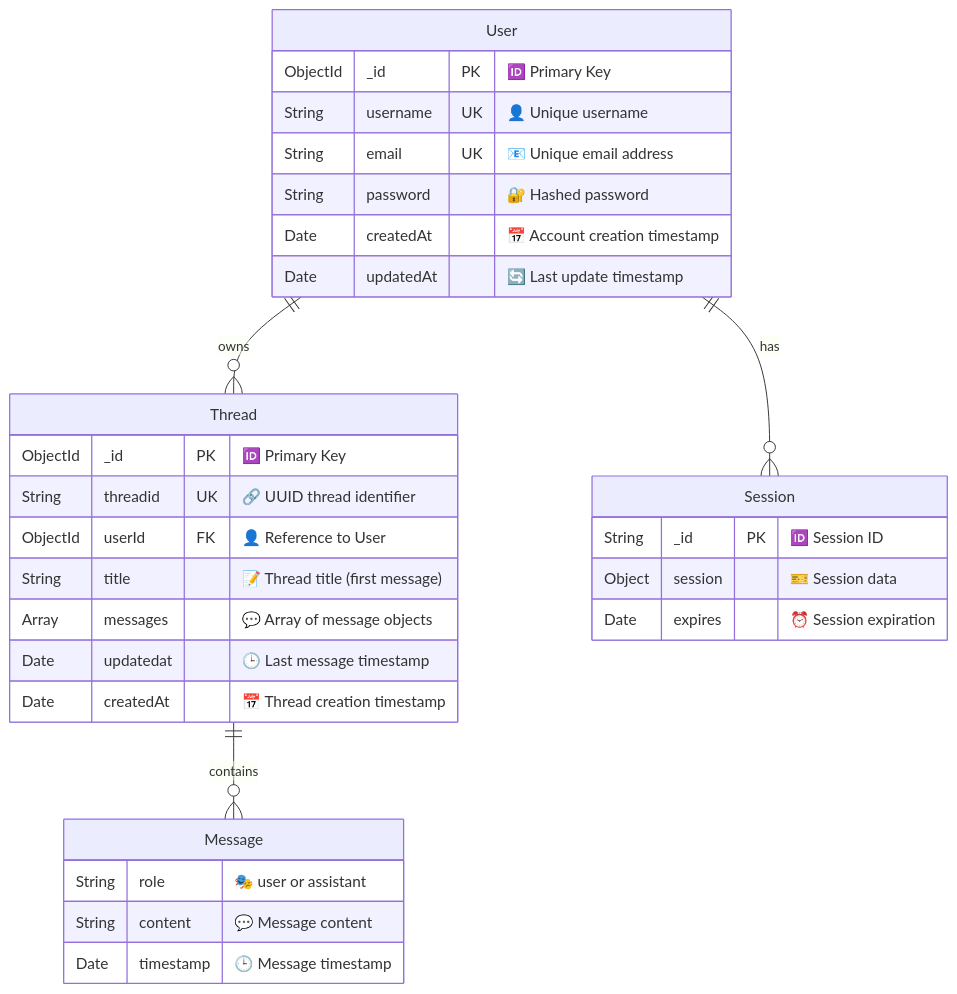
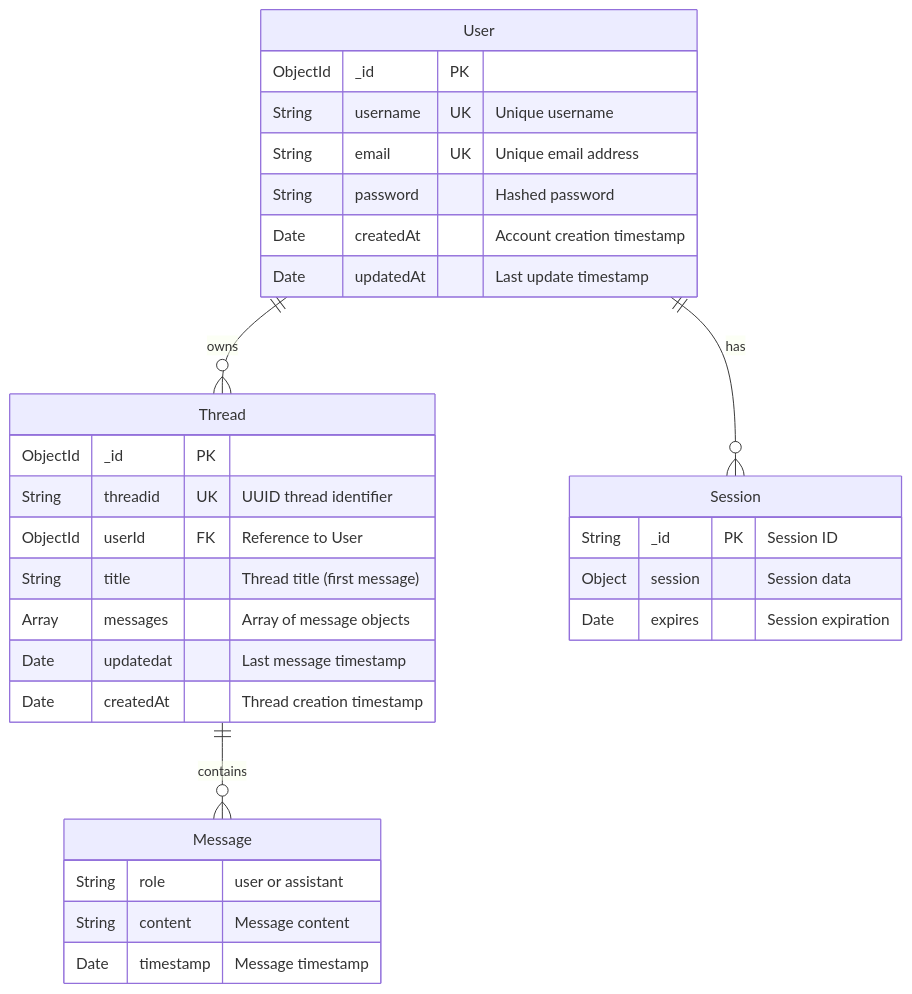
The fourth of 6 diagrams in README.md (Ishu077/Lepron-GPT-with-Auth), drawn with Mermaid before and after one commit. The commit also changed other lines of this file, not shown here.

````diff
--- a/README.md
+++ b/README.md
@@ -253,37 +232,37 @@
 ```mermaid
 erDiagram
     User {
-        ObjectId _id PK "🆔 Primary Key"
-        String username UK "👤 Unique username"
-        String email UK "📧 Unique email address"
-        String password "🔐 Hashed password"
-        Date createdAt "📅 Account creation timestamp"
-        Date updatedAt "🔄 Last update timestamp"
+        ObjectId _id PK
+        String username UK "Unique username"
+        String email UK "Unique email address"
+        String password "Hashed password"
+        Date createdAt "Account creation timestamp"
+        Date updatedAt "Last update timestamp"
     }
     
     Thread {
-        ObjectId _id PK "🆔 Primary Key"
-        String threadid UK "🔗 UUID thread identifier"
-        ObjectId userId FK "👤 Reference to User"
-        String title "📝 Thread title (first message)"
-        Array messages "💬 Array of message objects"
-        Date updatedat "🕒 Last message timestamp"
-        Date createdAt "📅 Thread creation timestamp"
+        ObjectId _id PK
+        String threadid UK "UUID thread identifier"
+        ObjectId userId FK "Reference to User"
+        String title "Thread title (first message)"
+        Array messages "Array of message objects"
+        Date updatedat "Last message timestamp"
+        Date createdAt "Thread creation timestamp"
     }
     
     Message {
-        String role "🎭 user or assistant"
-        String content "💬 Message content"
-        Date timestamp "🕒 Message timestamp"
+        String role "user or assistant"
+        String content "Message content"
+        Date timestamp "Message timestamp"
     }
     
     Session {
-        String _id PK "🆔 Session ID"
-        Object session "🎫 Session data"
-        Date expires "⏰ Session expiration"
+        String _id PK "Session ID"
+        Object session "Session data"
+        Date expires "Session expiration"
     }
     
     User ||--o{ Thread : "owns"
     Thread ||--o{ Message : "contains"
     User ||--o{ Session : "has"
 ```
````
